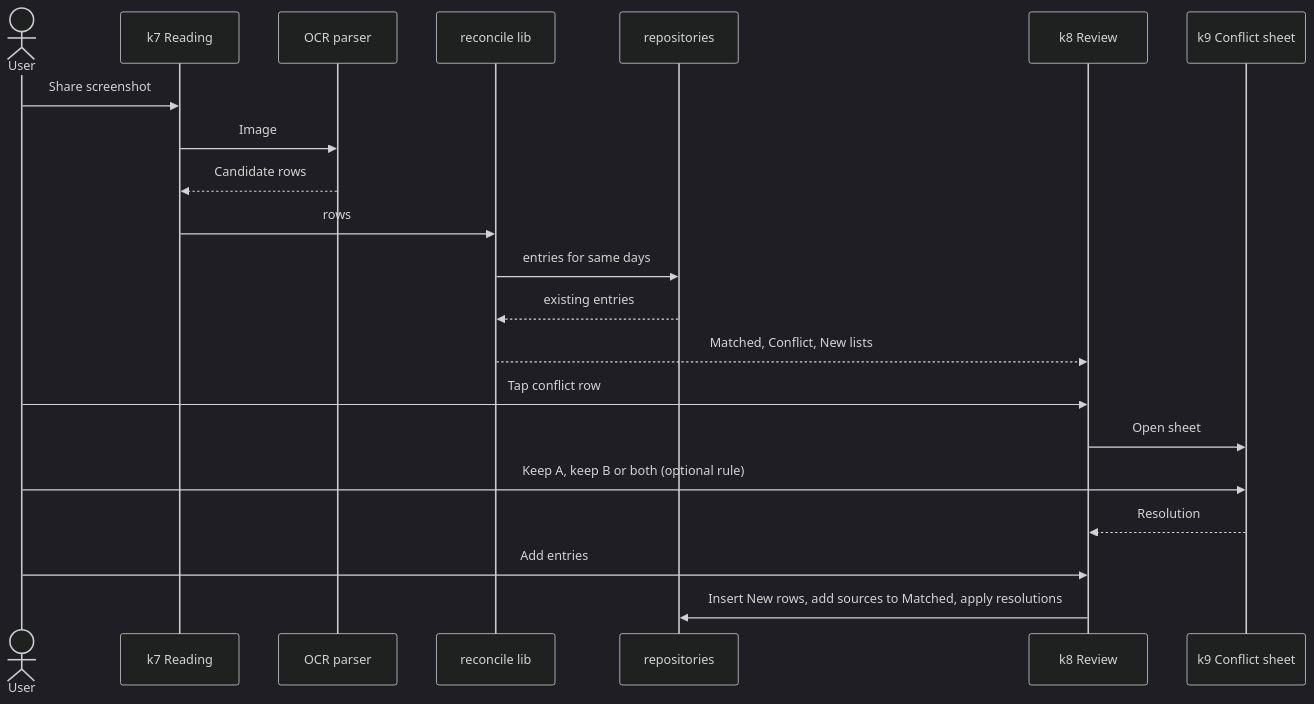
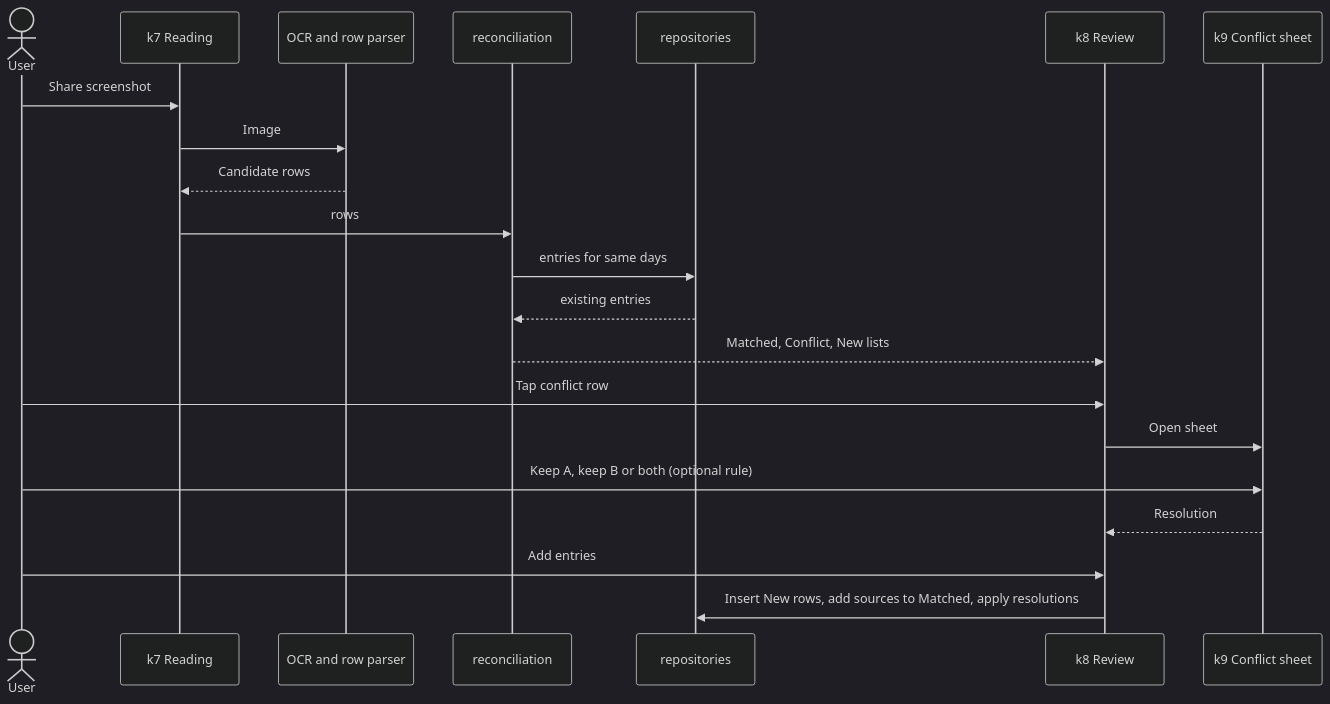
Before and after one commit to Aditya-Jyoti/bacchat: the seventh of 17 diagrams in docs/architecture.md, drawn with Mermaid (dark theme). The commit also changed other lines of this file and 52 other files, not shown here.

````diff
--- a/docs/architecture.md
+++ b/docs/architecture.md
@@ -198,23 +266,23 @@
 ```mermaid
 sequenceDiagram
     actor User
     participant K7 as k7 Reading
-    participant OCR as OCR parser
-    participant REC as reconcile lib
+    participant OCR as OCR and row parser
+    participant REC as reconciliation
     participant REPO as repositories
     participant K8 as k8 Review
     participant K9 as k9 Conflict sheet
     User->>K7: Share screenshot
     K7->>OCR: Image
     OCR-->>K7: Candidate rows
     K7->>REC: rows
     REC->>REPO: entries for same days
     REPO-->>REC: existing entries
     REC-->>K8: Matched, Conflict, New lists
     User->>K8: Tap conflict row
     K8->>K9: Open sheet
     User->>K9: Keep A, keep B or both (optional rule)
     K9-->>K8: Resolution
     User->>K8: Add entries
     K8->>REPO: Insert New rows, add sources to Matched, apply resolutions
 ```
````
